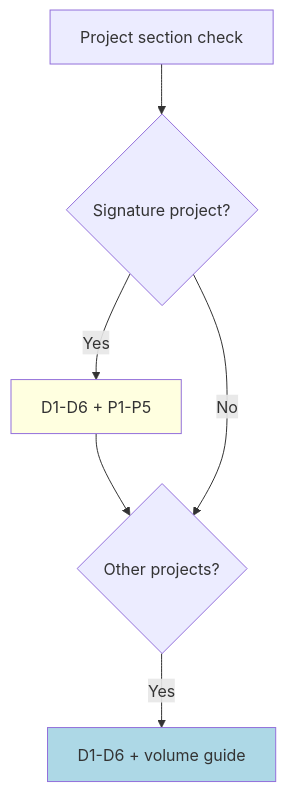
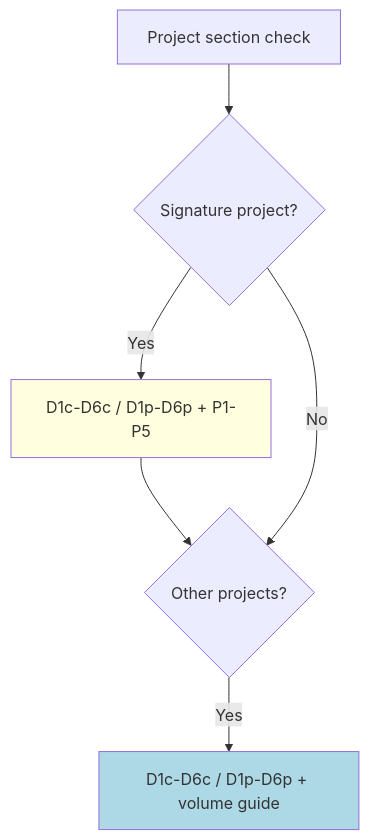
The third of 3 diagrams in projects/resume-manage/skills/review-resume/SKILL.md (toongri/oh-my-toong-playground), drawn with Mermaid before and after one commit. The commit also changed other lines of this file and 16 other files, not shown here.

First line of the commit message:
refactor: resume 스킬 프로젝트 이동 및 워크플로우 추적 추가

````diff
--- a/projects/resume-manage/skills/review-resume/SKILL.md
+++ b/projects/resume-manage/skills/review-resume/SKILL.md
@@ -780,17 +1182,17 @@
 ```mermaid
 flowchart TB
     A[Project section check]
     B{Signature project?}
-    C[D1-D6 + P1-P5]
+    C[D1c-D6c / D1p-D6p + P1-P5]
     D{Other projects?}
-    E[D1-D6 + volume guide]
+    E[D1c-D6c / D1p-D6p + volume guide]
 
     A --> B
     B -->|Yes| C
     C --> D
     B -->|No| D
     D -->|Yes| E
 
     style C fill:lightyellow
     style E fill:lightblue
 ```
````
